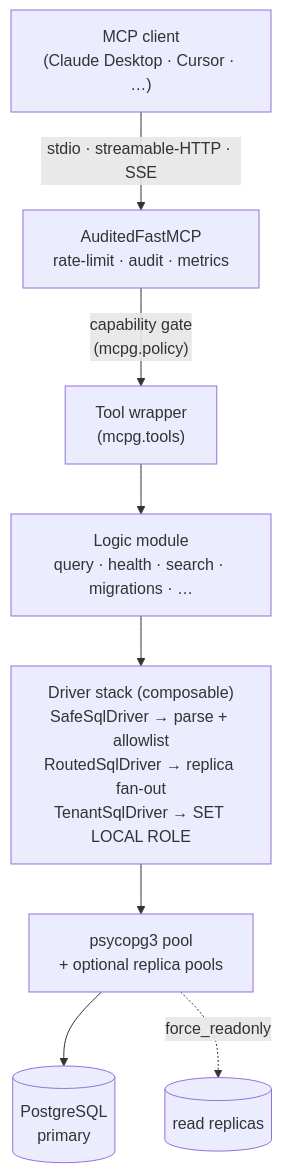
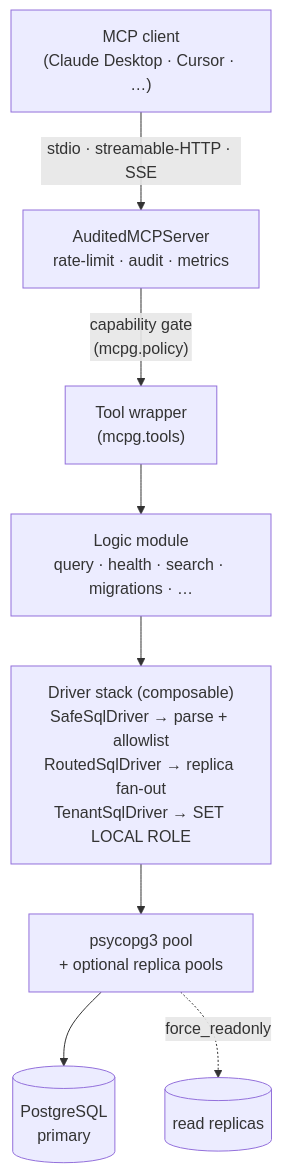
Before and after one commit to devopam/MCPg: the diagram in docs/architecture.md, drawn with Mermaid. The commit also changed other lines of this file and 97 other files, not shown here.

First line of the commit message:
Migrate to the mcp 2.0 SDK, redesign tenancy, add write-confirmation gate (0.7.0) (#293)

````diff
--- a/docs/architecture.md
+++ b/docs/architecture.md
@@ -15,11 +15,11 @@
 ```mermaid
 flowchart TD
     client["MCP client<br/>(Claude Desktop · Cursor · …)"]
-    client -->|"stdio · streamable-HTTP · SSE"| fastmcp["AuditedFastMCP<br/>rate-limit · audit · metrics"]
-    fastmcp -->|"capability gate<br/>(mcpg.policy)"| wrapper["Tool wrapper<br/>(mcpg.tools)"]
+    client -->|"stdio · streamable-HTTP · SSE"| mcpserver["AuditedMCPServer<br/>rate-limit · audit · metrics"]
+    mcpserver -->|"capability gate<br/>(mcpg.policy)"| wrapper["Tool wrapper<br/>(mcpg.tools)"]
     wrapper --> logic["Logic module<br/>query · health · search · migrations · …"]
     logic --> drivers["Driver stack (composable)<br/>SafeSqlDriver → parse + allowlist<br/>RoutedSqlDriver → replica fan-out<br/>TenantSqlDriver → SET LOCAL ROLE"]
     drivers --> pool["psycopg3 pool<br/>+ optional replica pools"]
     pool --> primary[("PostgreSQL<br/>primary")]
     pool -.->|"force_readonly"| replicas[("read replicas")]
 ```
````
